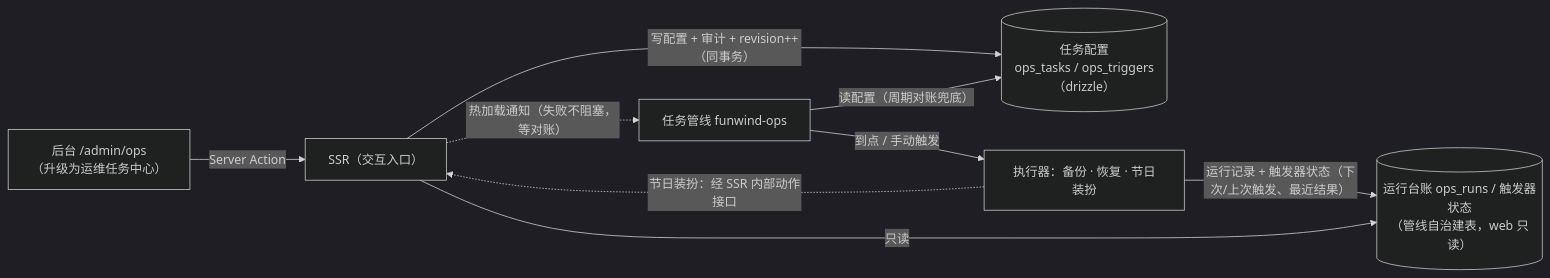
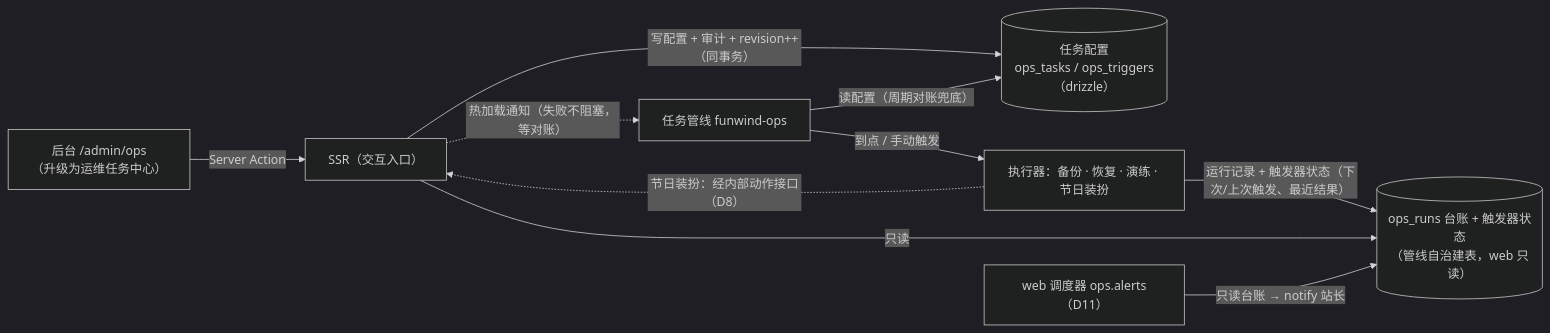
The diagram in docs/milestones/M14-ops-pipeline.md (SkyJourney/FunWind), drawn with Mermaid (dark theme) before and after one commit. The commit also changed other lines of this file, not shown here.

````diff
--- a/docs/milestones/M14-ops-pipeline.md
+++ b/docs/milestones/M14-ops-pipeline.md
@@ -56,11 +85,12 @@
 ```mermaid
 flowchart LR
   ADMIN["后台 /admin/ops<br/>（升级为运维任务中心）"] -->|"Server Action"| SSR["SSR（交互入口）"]
   SSR -->|"写配置 + 审计 + revision++（同事务）"| CFG[("任务配置<br/>ops_tasks / ops_triggers（drizzle）")]
   SSR -.->|"热加载通知（失败不阻塞，等对账）"| PIPE["任务管线 funwind-ops"]
   PIPE -->|"读配置（周期对账兜底）"| CFG
-  PIPE -->|"到点 / 手动触发"| EXE["执行器：备份 · 恢复 · 节日装扮"]
-  EXE -->|"运行记录 + 触发器状态（下次/上次触发、最近结果）"| LEDGER[("运行台账 ops_runs / 触发器状态<br/>（管线自治建表，web 只读）")]
-  EXE -.->|"节日装扮：经 SSR 内部动作接口"| SSR
+  PIPE -->|"到点 / 手动触发"| EXE["执行器：备份 · 恢复 · 演练 · 节日装扮"]
+  EXE -->|"运行记录 + 触发器状态（下次/上次触发、最近结果）"| LEDGER[("ops_runs 台账 + 触发器状态<br/>（管线自治建表，web 只读）")]
+  EXE -.->|"节日装扮：经内部动作接口（D8）"| SSR
   SSR -->|"只读"| LEDGER
+  SSRW["web 调度器 ops.alerts（D11）"] -->|"只读台账 → notify 站长"| LEDGER
 ```
````
